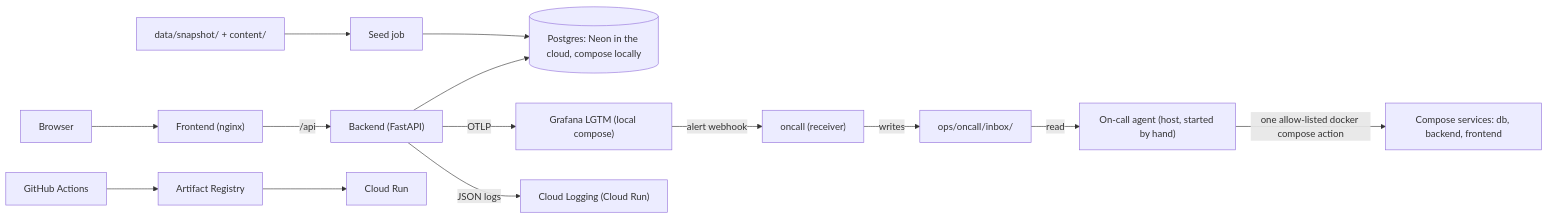
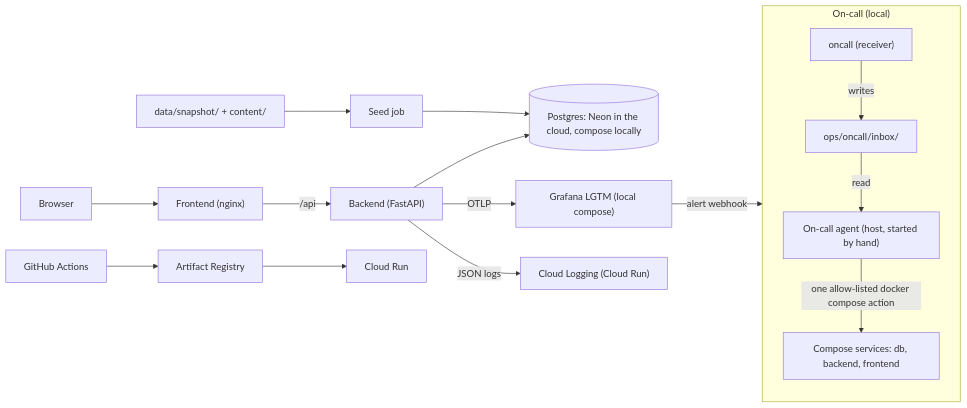
One commit to Sanjomwa/clio-findings-explorer changed the diagram in README.md. Above: the diagram before and after it, drawn with Mermaid. The commit also changed other lines of this file and 5 other files, not shown here.

First line of the commit message:
chore: clean shutdown for backend and oncall; compact architecture diagram

````diff
--- a/README.md
+++ b/README.md
@@ -160,15 +160,18 @@
 ```mermaid
 flowchart LR
   Browser --> Nginx["Frontend (nginx)"]
   Nginx -->|/api| API["Backend (FastAPI)"]
   API --> DB[("Postgres: Neon in the cloud, compose locally")]
   Seed["Seed job"] --> DB
   Snap["data/snapshot/ + content/"] --> Seed
   GH["GitHub Actions"] --> AR["Artifact Registry"] --> Run["Cloud Run"]
   API -->|OTLP| LGTM["Grafana LGTM (local compose)"]
   API -->|JSON logs| CL["Cloud Logging (Cloud Run)"]
-  LGTM -->|"alert webhook"| OC["oncall (receiver)"]
-  OC -->|writes| Inbox["ops/oncall/inbox/"]
-  Inbox -->|read| Agent["On-call agent (host, started by hand)"]
-  Agent -->|"one allow-listed docker compose action"| Run2["Compose services: db, backend, frontend"]
+  LGTM -->|"alert webhook"| OnCall
+  subgraph OnCall["On-call (local)"]
+    direction TB
+    OC["oncall (receiver)"] -->|writes| Inbox["ops/oncall/inbox/"]
+    Inbox -->|read| Agent["On-call agent (host, started by hand)"]
+    Agent -->|"one allow-listed docker compose action"| Run2["Compose services: db, backend, frontend"]
+  end
 ```
````
